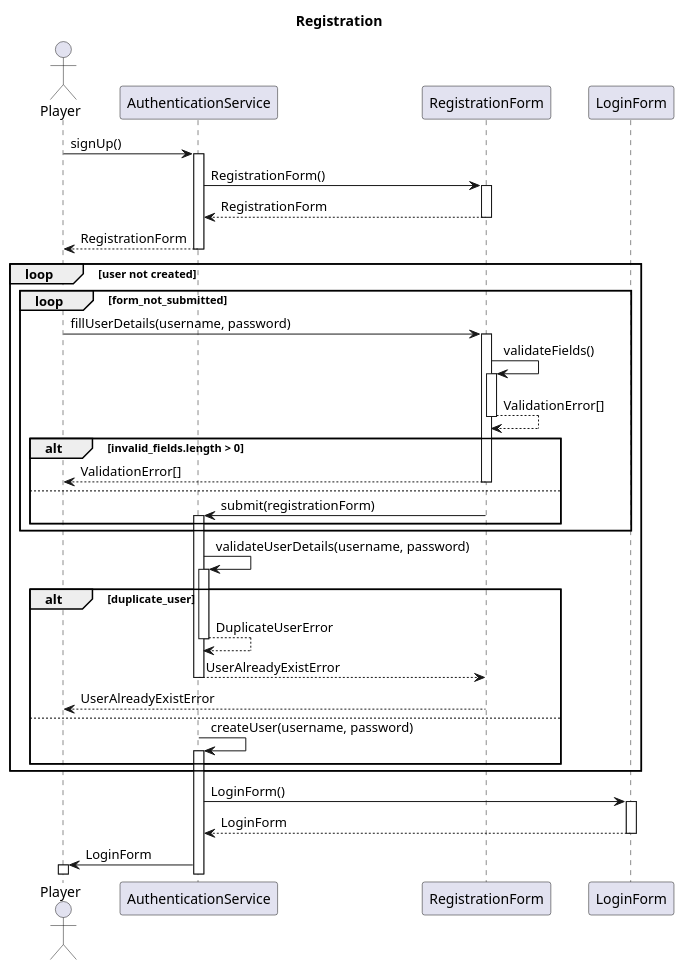
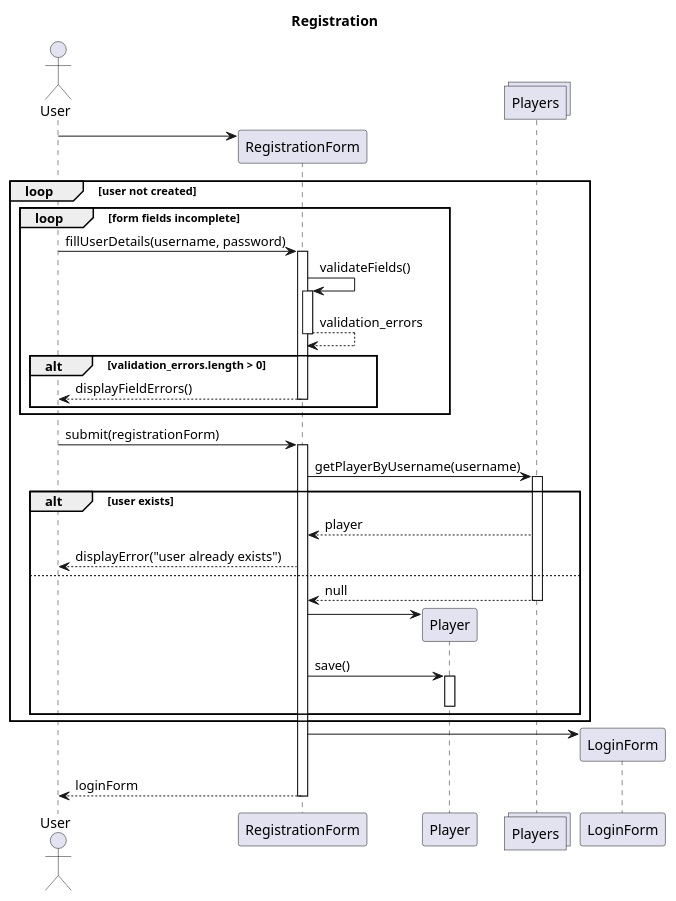
One commit to ECE493-W22-G04/rl-chess changed the diagram in docs/preliminary_design_diagrams/sequence_diagrams/signup.puml. Above: the diagram before and after it, drawn with PlantUML. The commit also changed 1 other file, not shown here.

Commit message:
Simplify login and signup

```diff
--- a/docs/preliminary_design_diagrams/sequence_diagrams/signup.puml
+++ b/docs/preliminary_design_diagrams/sequence_diagrams/signup.puml
@@ -1,42 +1,46 @@
 @startuml
 
 title Registration
 
-autoactivate on
+actor User
+participant RegistrationForm
+participant Player
+collections Players
 
-actor Player
-
-Player -> AuthenticationService : signUp()
-AuthenticationService -> RegistrationForm : RegistrationForm()
-return RegistrationForm
-return RegistrationForm
+User -> RegistrationForm **
 
 loop user not created
-    loop form_not_submitted
-        Player -> RegistrationForm: fillUserDetails(username, password)
-        RegistrationForm -> RegistrationForm : validateFields()
-        return ValidationError[]
-
-        alt invalid_fields.length > 0
-            return ValidationError[]
-        else
-            RegistrationForm -> AuthenticationService : submit(registrationForm)
+    loop form fields incomplete
+        User -> RegistrationForm: fillUserDetails(username, password)
+        activate RegistrationForm
+            RegistrationForm -> RegistrationForm : validateFields()
+            activate RegistrationForm
+            return validation_errors
+        alt validation_errors.length > 0
+            return displayFieldErrors()
         end
     end
+    User -> RegistrationForm : submit(registrationForm)
+    activate RegistrationForm
 
-    AuthenticationService -> AuthenticationService : validateUserDetails(username, password)
+    RegistrationForm -> Players : getPlayerByUsername(username)
+    activate Players
 
-    alt duplicate_user
-        return DuplicateUserError
-        return UserAlreadyExistError
-        RegistrationForm --> Player : UserAlreadyExistError
+    alt user exists
+        Players --> RegistrationForm : player
+        RegistrationForm --> User : displayError("user already exists")
     else
-        AuthenticationService -> AuthenticationService : createUser(username, password)
+        Players --> RegistrationForm: null
+        deactivate Players
+        RegistrationForm -> Player **
+        RegistrationForm -> Player : save()
+        activate Player
+        deactivate Player
     end
 end
 
-AuthenticationService -> LoginForm : LoginForm()
-return LoginForm
-AuthenticationService -> Player : LoginForm
+RegistrationForm -> LoginForm **
+RegistrationForm --> User : loginForm
+deactivate RegistrationForm
 
 @enduml
```
